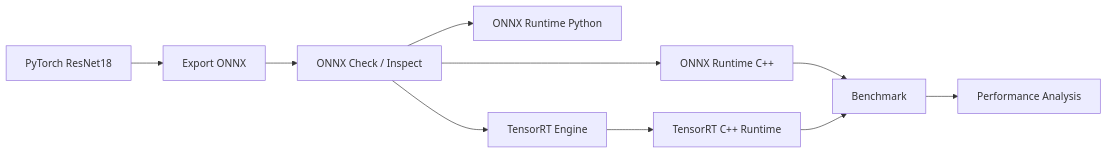
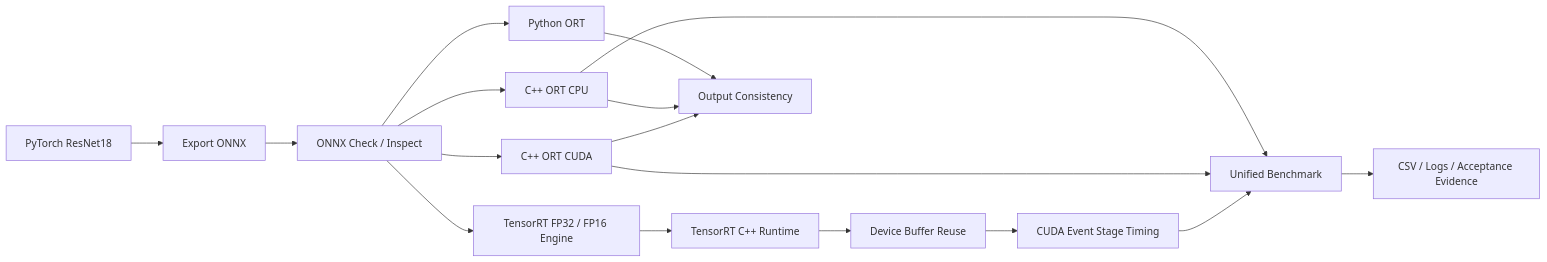
The diagram in README.md (daydreamer00824/edge-ai-deploy-project), drawn with Mermaid before and after one commit. The commit also changed other lines of this file, not shown here.

````diff
--- a/README.md
+++ b/README.md
@@ -104,12 +137,24 @@
 ```mermaid
 flowchart LR
     A[PyTorch ResNet18] --> B[Export ONNX]
     B --> C[ONNX Check / Inspect]
-    C --> D[ONNX Runtime Python]
-    C --> E[ONNX Runtime C++]
-    C --> F[TensorRT Engine]
-    F --> G[TensorRT C++ Runtime]
-    E --> H[Benchmark]
-    G --> H
-    H --> I[Performance Analysis]
+
+    C --> D[Python ORT]
+    C --> E[C++ ORT CPU]
+    C --> F[C++ ORT CUDA]
+    C --> G[TensorRT FP32 / FP16 Engine]
+
+    G --> H[TensorRT C++ Runtime]
+    H --> I[Device Buffer Reuse]
+    I --> J[CUDA Event Stage Timing]
+
+    D --> K[Output Consistency]
+    E --> K
+    F --> K
+
+    E --> L[Unified Benchmark]
+    F --> L
+    J --> L
+
+    L --> M[CSV / Logs / Acceptance Evidence]
 ```
````
